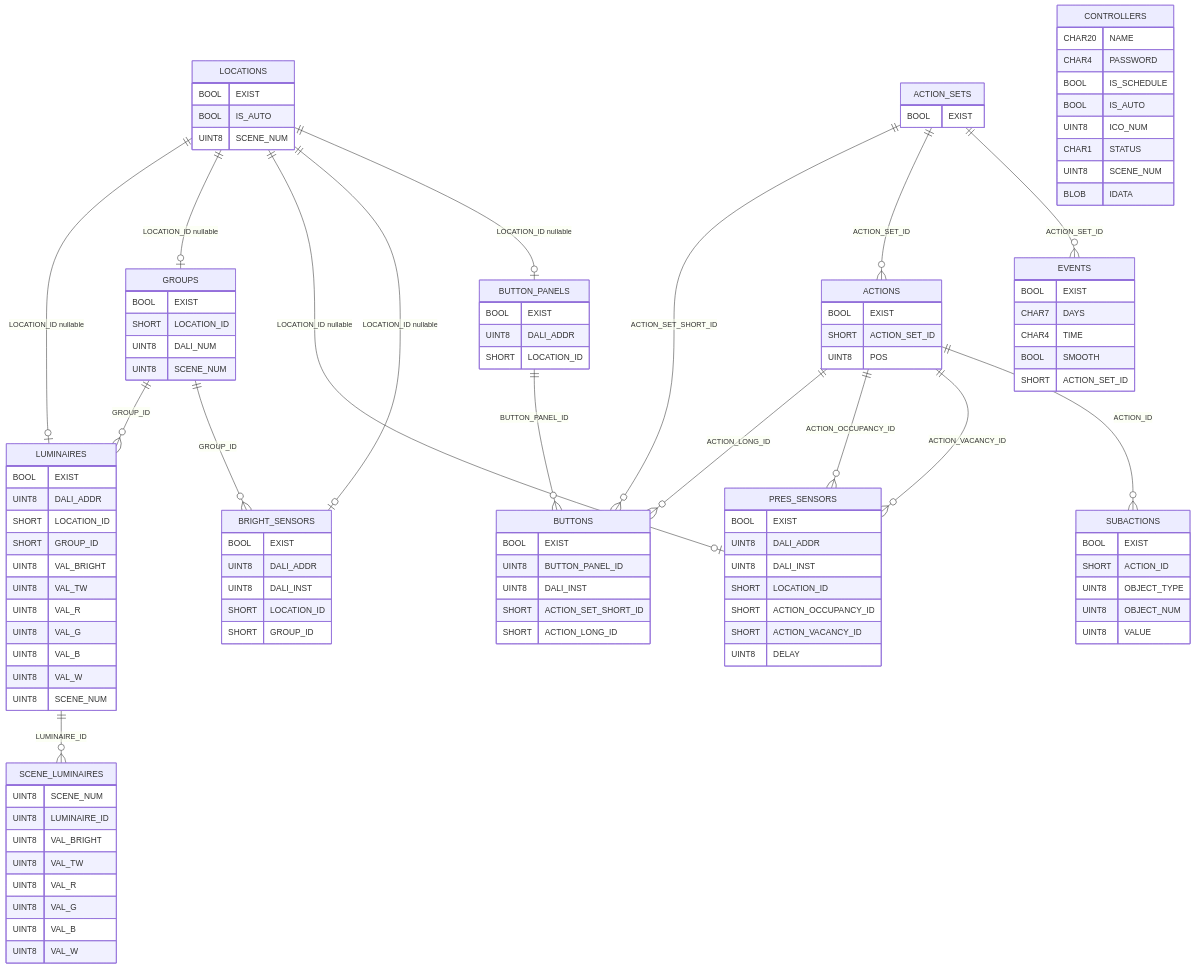
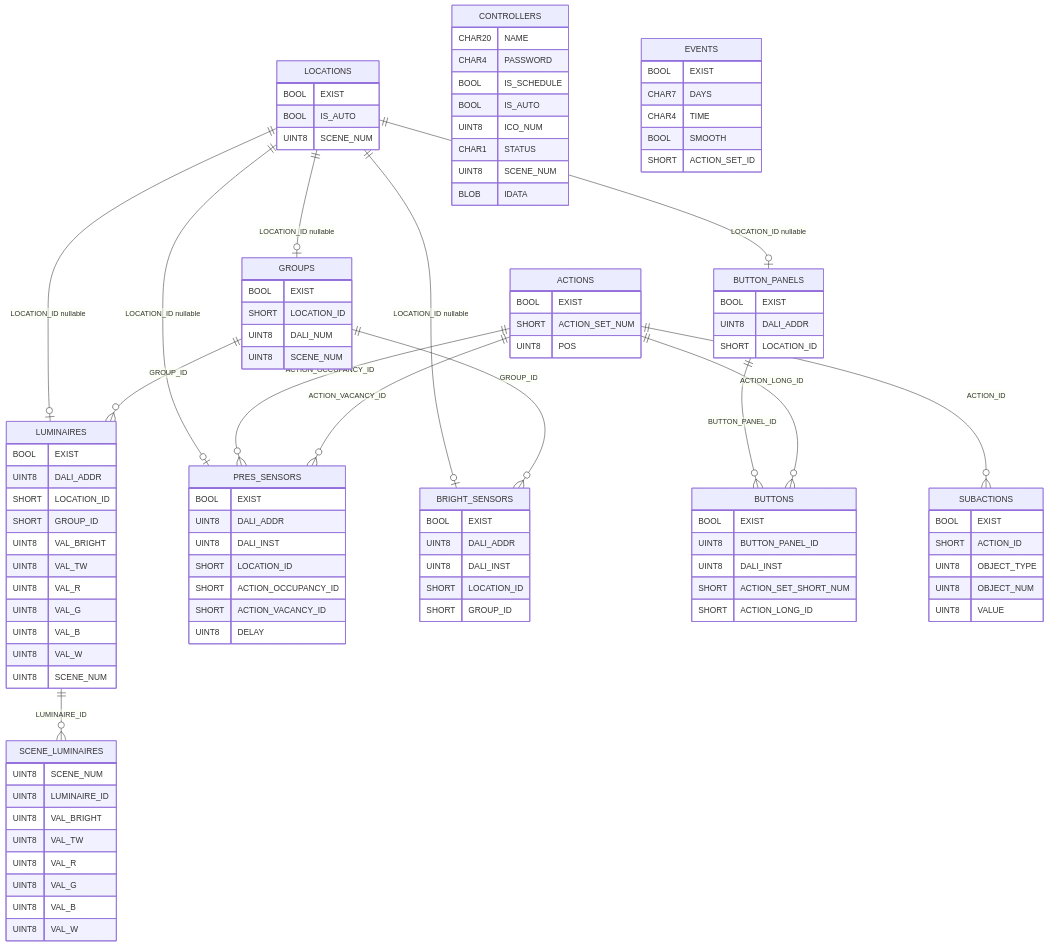
One commit to KhudyakovAlex/Synapse changed the diagram in PDS/SynapsePDS_FW_DB_scheme.md. Above: the diagram before and after it, drawn with Mermaid. The commit also changed other lines of this file and 16 other files, not shown here.

Commit message:
Remove ACTION_SETS table from DBs (keep related fields), bump VERSION to 3

```diff
--- a/PDS/SynapsePDS_FW_DB_scheme.md
+++ b/PDS/SynapsePDS_FW_DB_scheme.md
@@ -15,12 +15,9 @@
     GROUPS ||--o{ BRIGHT_SENSORS : "GROUP_ID"
     LUMINAIRES ||--o{ SCENE_LUMINAIRES : "LUMINAIRE_ID"
     BUTTON_PANELS ||--o{ BUTTONS : "BUTTON_PANEL_ID"
-    ACTION_SETS ||--o{ BUTTONS : "ACTION_SET_SHORT_ID"
-    ACTION_SETS ||--o{ ACTIONS : "ACTION_SET_ID"
     ACTIONS ||--o{ BUTTONS : "ACTION_LONG_ID"
     ACTIONS ||--o{ PRES_SENSORS : "ACTION_OCCUPANCY_ID"
     ACTIONS ||--o{ PRES_SENSORS : "ACTION_VACANCY_ID"
-    ACTION_SETS ||--o{ EVENTS : "ACTION_SET_ID"
     ACTIONS ||--o{ SUBACTIONS : "ACTION_ID"
 
     CONTROLLERS {
@@ -100,18 +97,14 @@
         BOOL EXIST
         UINT8 BUTTON_PANEL_ID
         UINT8 DALI_INST
-        SHORT ACTION_SET_SHORT_ID
+        SHORT ACTION_SET_SHORT_NUM
         SHORT ACTION_LONG_ID
     }
 
     ACTIONS {
         BOOL EXIST
-        SHORT ACTION_SET_ID
+        SHORT ACTION_SET_NUM
         UINT8 POS
-    }
-
-    ACTION_SETS {
-        BOOL EXIST
     }
 
     SUBACTIONS {
```
